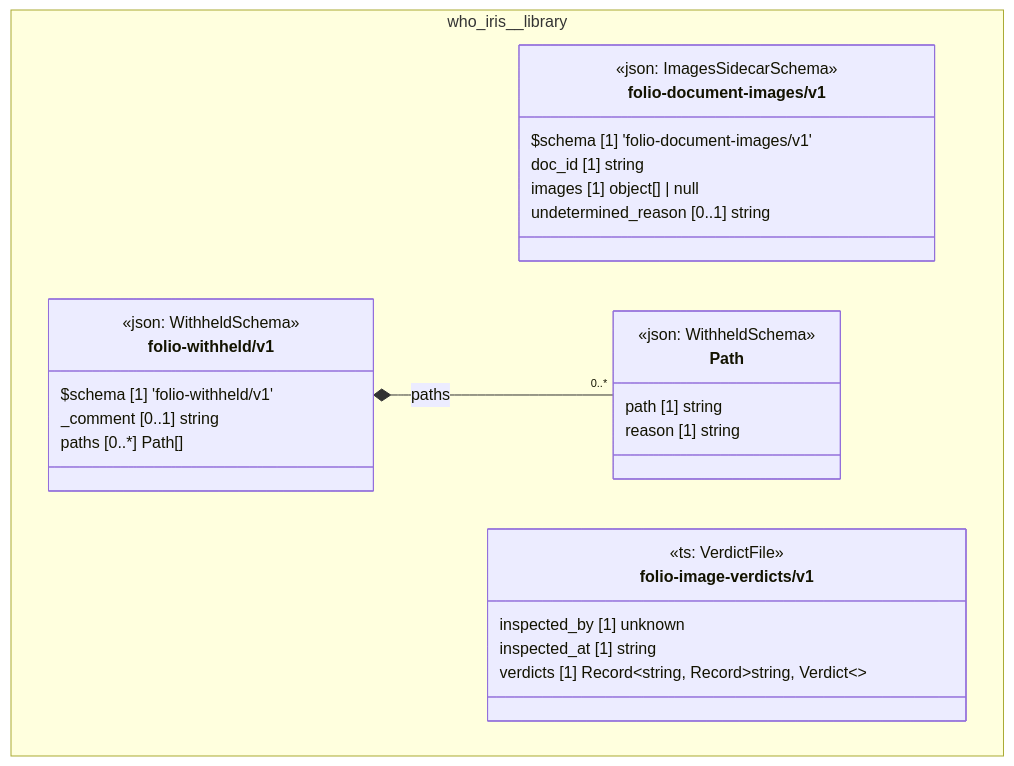
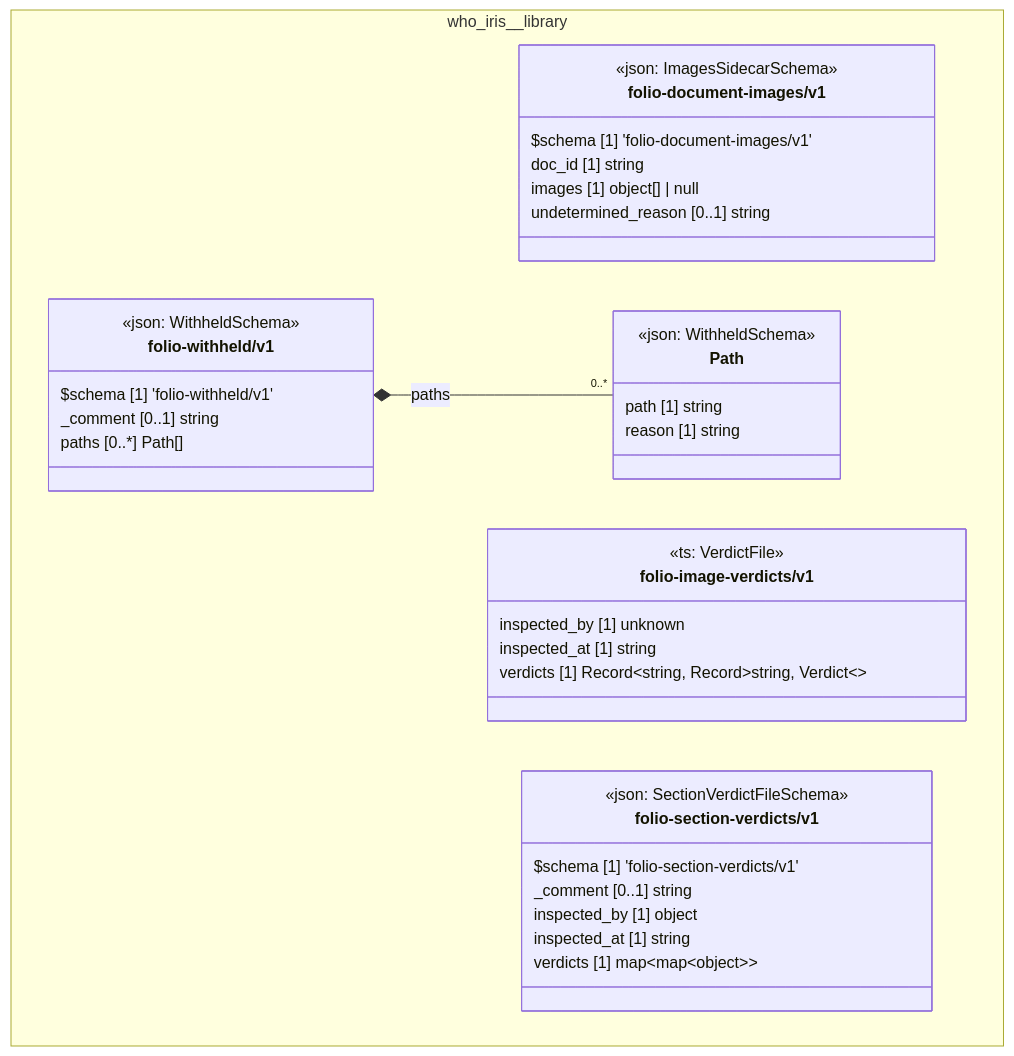
One commit to litlfred/folio-assistant changed the diagram in cat-harness/uml/overview/who-iris/library.mmd. Above: the diagram before and after it, drawn with Mermaid. The commit also changed 47 other files, not shown here.

```diff
--- a/cat-harness/uml/overview/who-iris/library.mmd
+++ b/cat-harness/uml/overview/who-iris/library.mmd
@@ -1,33 +1,42 @@
 classDiagram
   direction TB
   namespace who_iris__library {
     class who_iris_library_folio_document_images_v1_folio_document_images_v1["folio-document-images/v1"] {
       <<json: ImagesSidecarSchema>>
       $schema [1] 'folio-document-images/v1'
       doc_id [1] string
       images [1] object[] | null
       undetermined_reason [0..1] string
     }
     class who_iris_library_folio_image_verdicts_v1["folio-image-verdicts/v1"] {
       <<ts: VerdictFile>>
       inspected_by [1] unknown
       inspected_at [1] string
       verdicts [1] Record~string, Record~string, Verdict~~
     }
+    class who_iris_library_folio_section_verdicts_v1_folio_section_verdicts_v1["folio-section-verdicts/v1"] {
+      <<json: SectionVerdictFileSchema>>
+      $schema [1] 'folio-section-verdicts/v1'
+      _comment [0..1] string
+      inspected_by [1] object
+      inspected_at [1] string
+      verdicts [1] map~map~object~~
+    }
     class who_iris_library_folio_withheld_v1_Path["Path"] {
       <<json: WithheldSchema>>
       path [1] string
       reason [1] string
     }
     class who_iris_library_folio_withheld_v1_folio_withheld_v1["folio-withheld/v1"] {
       <<json: WithheldSchema>>
       $schema [1] 'folio-withheld/v1'
       _comment [0..1] string
       paths [0..*] Path[]
     }
   }
   who_iris_library_folio_withheld_v1_folio_withheld_v1 *-- "0..*" who_iris_library_folio_withheld_v1_Path : paths
   cssClass "who_iris_library_folio_document_images_v1_folio_document_images_v1" fa_uml_kind_library
   cssClass "who_iris_library_folio_image_verdicts_v1" fa_uml_kind_library
+  cssClass "who_iris_library_folio_section_verdicts_v1_folio_section_verdicts_v1" fa_uml_kind_library
   cssClass "who_iris_library_folio_withheld_v1_Path" fa_uml_kind_library
   cssClass "who_iris_library_folio_withheld_v1_folio_withheld_v1" fa_uml_kind_library
```
